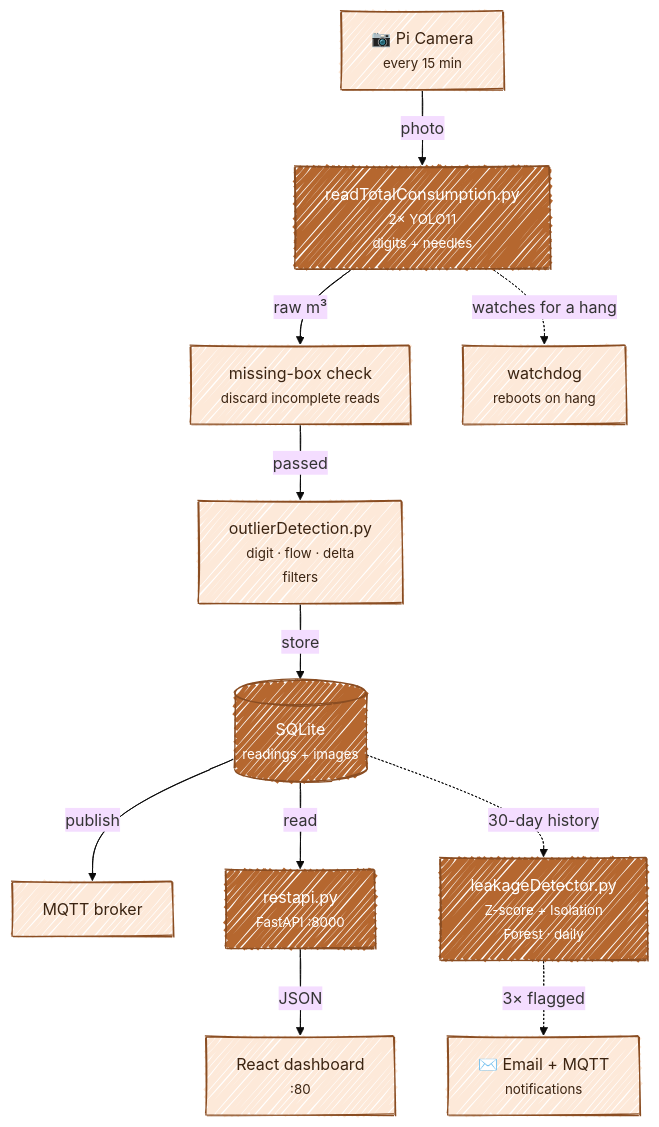
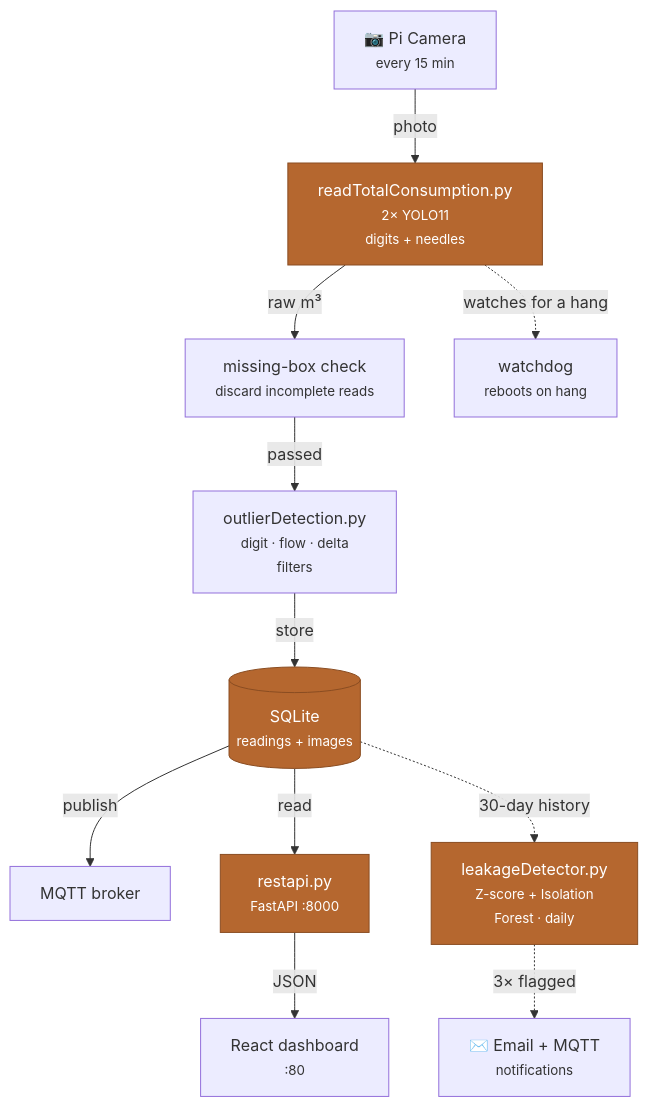
Before and after one commit to twartzek/watermeter: the diagram in README.md, drawn with Mermaid.

Commit message:
fix: mermaid update

````diff
--- a/README.md
+++ b/README.md
@@ -41,32 +41,30 @@
 ```mermaid
-%%{init: {"look": "handDrawn", "theme": "base"}}%%
 flowchart TB
     cam["📷 Pi Camera<br/><small>every 15 min</small>"]
     read["readTotalConsumption.py<br/><small>2× YOLO11<br/>digits + needles</small>"]
     presence["missing-box check<br/><small>discard incomplete reads</small>"]
     filt["outlierDetection.py<br/><small>digit · flow · delta<br/>filters</small>"]
     db[("SQLite<br/><small>readings + images</small>")]
     mqtt["MQTT broker"]
     api["restapi.py<br/><small>FastAPI :8000</small>"]
     dash["React dashboard<br/><small>:80</small>"]
     leak["leakageDetector.py<br/><small>Z-score + Isolation<br/>Forest · daily</small>"]
     warn["✉️ Email + MQTT<br/><small>notifications</small>"]
     wdog["watchdog<br/><small>reboots on hang</small>"]
 
     cam -->|photo| read
     read -->|raw m³| presence
     presence -->|passed| filt
     filt -->|store| db
     db -->|publish| mqtt
     db -->|read| api
     api -->|JSON| dash
     db -.->|30-day history| leak
     leak -.->|3× flagged| warn
     read -.->|watches for a hang| wdog
 
-    classDef default fill:#fde9d9,color:#3b2412,stroke:#8a4d22
     style read fill:#b5672f,color:#fff,stroke:#8a4d22
     style db fill:#b5672f,color:#fff,stroke:#8a4d22
     style api fill:#b5672f,color:#fff,stroke:#8a4d22
     style leak fill:#b5672f,color:#fff,stroke:#8a4d22
 ```
````
